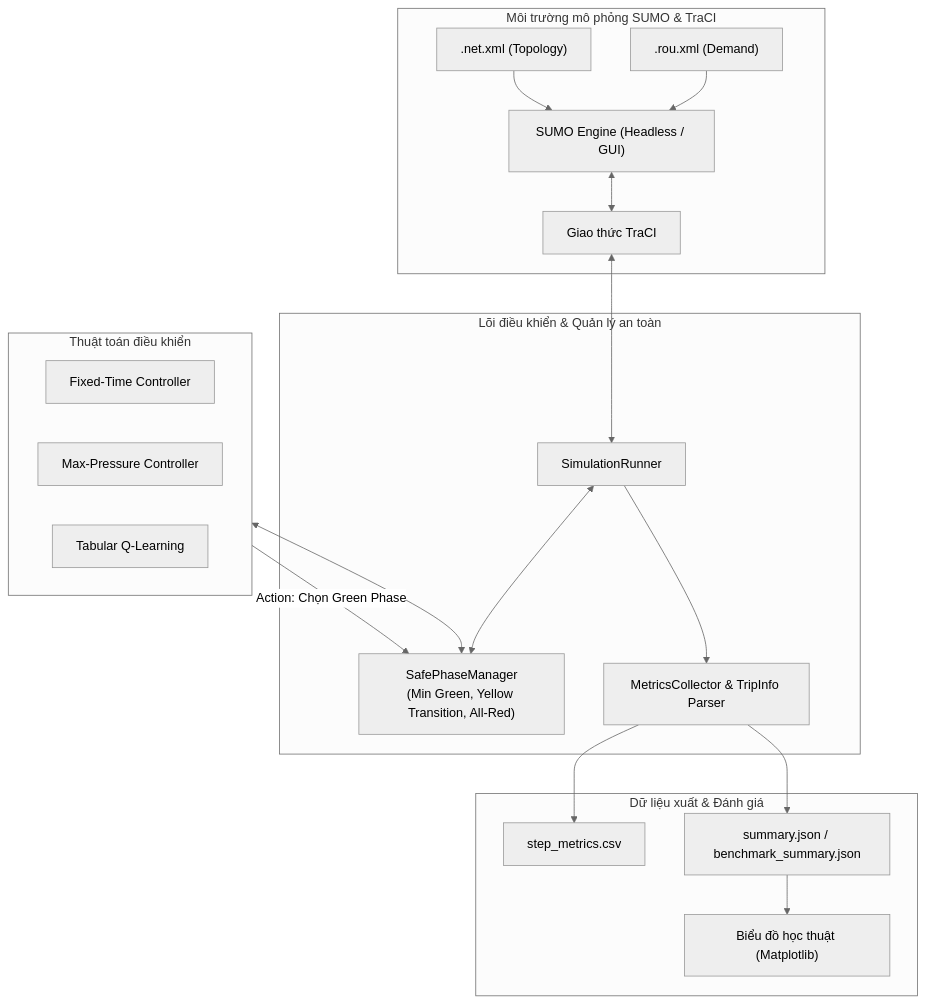
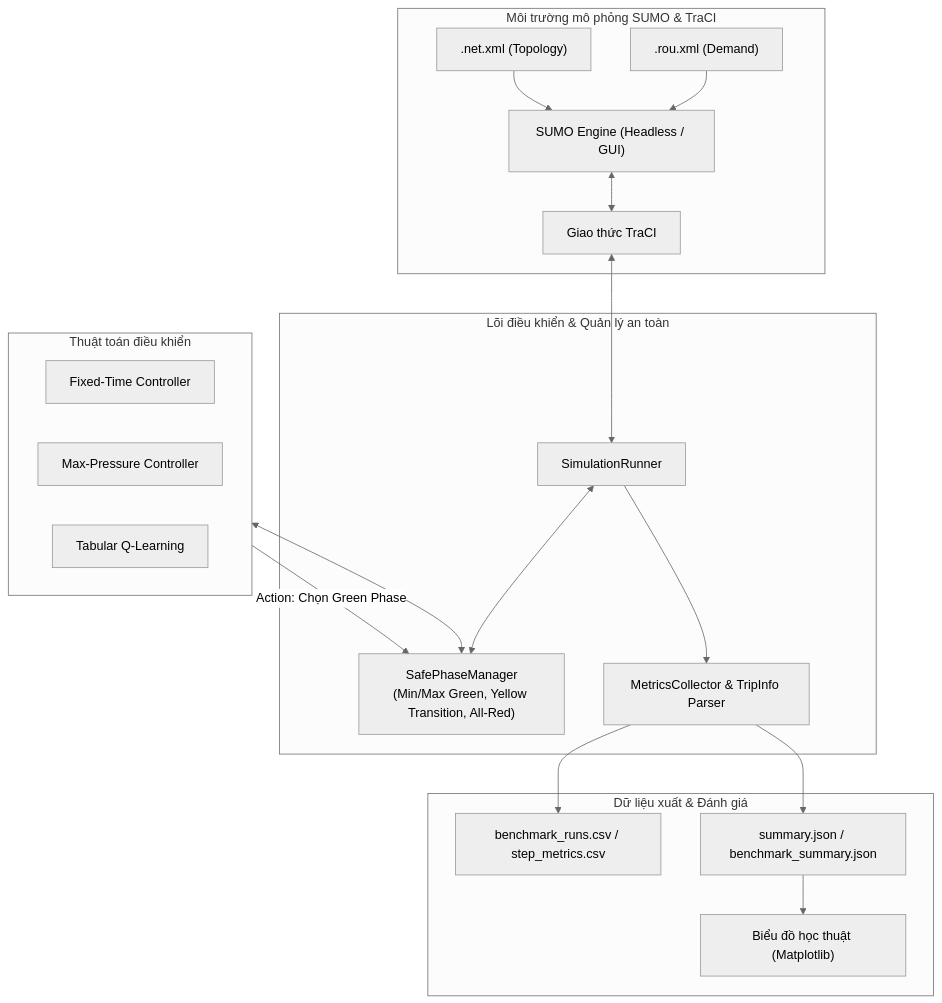
One commit to GSK7625/TrafficSignalControl changed the diagram in README.md. Above: the diagram before and after it, drawn with Mermaid (neutral theme). The commit also changed other lines of this file and 1425 other files, not shown here.

First line of the commit message:
tinh gon repository, bo sung provenance va eval audit, dong bo rang buoc max-green

````diff
--- a/README.md
+++ b/README.md
@@ -49,39 +49,39 @@
 ```mermaid
 flowchart TD
     subgraph SUMO_Environment ["Môi trường mô phỏng SUMO & TraCI"]
         NET[".net.xml (Topology)"]
         ROU[".rou.xml (Demand)"]
         SUMO["SUMO Engine (Headless / GUI)"]
         TRACI["Giao thức TraCI"]
         NET --> SUMO
         ROU --> SUMO
         SUMO <--> TRACI
     end
 
     subgraph Core_Engine ["Lõi điều khiển & Quản lý an toàn"]
         RUNNER["SimulationRunner"]
-        PM["SafePhaseManager\n(Min Green, Yellow Transition, All-Red)"]
+        PM["SafePhaseManager\n(Min/Max Green, Yellow Transition, All-Red)"]
         METRICS["MetricsCollector & TripInfo Parser"]
         TRACI <--> RUNNER
         RUNNER <--> PM
         RUNNER --> METRICS
     end
 
     subgraph Controllers ["Thuật toán điều khiển"]
         FT["Fixed-Time Controller"]
         MP["Max-Pressure Controller"]
         QL["Tabular Q-Learning"]
     end
 
     PM <--> Controllers
     Controllers -->|Action: Chọn Green Phase| PM
 
     subgraph Outputs ["Dữ liệu xuất & Đánh giá"]
-        CSV["step_metrics.csv"]
+        CSV["benchmark_runs.csv / step_metrics.csv"]
         JSON["summary.json / benchmark_summary.json"]
         PLOTS["Biểu đồ học thuật (Matplotlib)"]
         METRICS --> CSV
         METRICS --> JSON
         JSON --> PLOTS
     end
 ```
````
